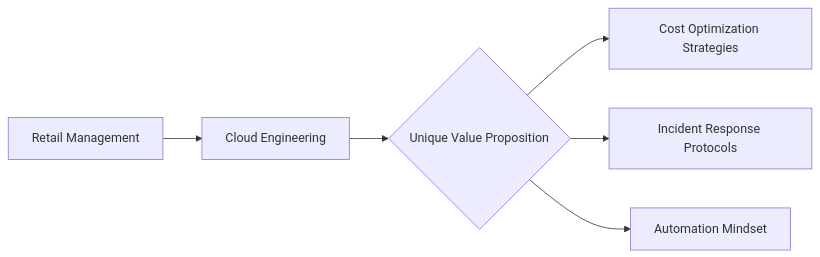
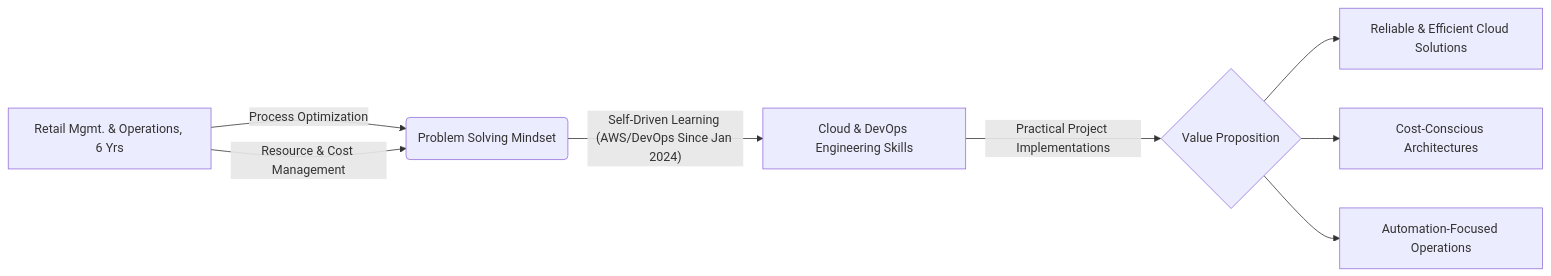
The diagram in README.md (rain3ways/AWS-DevOps-Portfolio), drawn with Mermaid before and after one commit. The commit also changed other lines of this file, not shown here.

````diff
--- a/README.md
+++ b/README.md
@@ -76,8 +57,10 @@
 ```mermaid
 graph LR
-    A[Retail Management] --> B[Cloud Engineering]
-    B --> C{Unique Value Proposition}
-    C --> D[Cost Optimization Strategies]
-    C --> E[Incident Response Protocols]
-    C --> F[Automation Mindset]
+    A[Retail Mgmt. & Operations, 6 Yrs] -- "Process Optimization" --> B(Problem Solving Mindset)
+    A -- "Resource & Cost Management" --> B;
+    B -- "Self-Driven Learning (AWS/DevOps Since Jan 2024)" --> C[Cloud & DevOps Engineering Skills];
+    C -- "Practical Project Implementations" --> D{Value Proposition};
+    D --> E[Reliable & Efficient Cloud Solutions];
+    D --> F[Cost-Conscious Architectures];
+    D --> G[Automation-Focused Operations];
 ```
````
